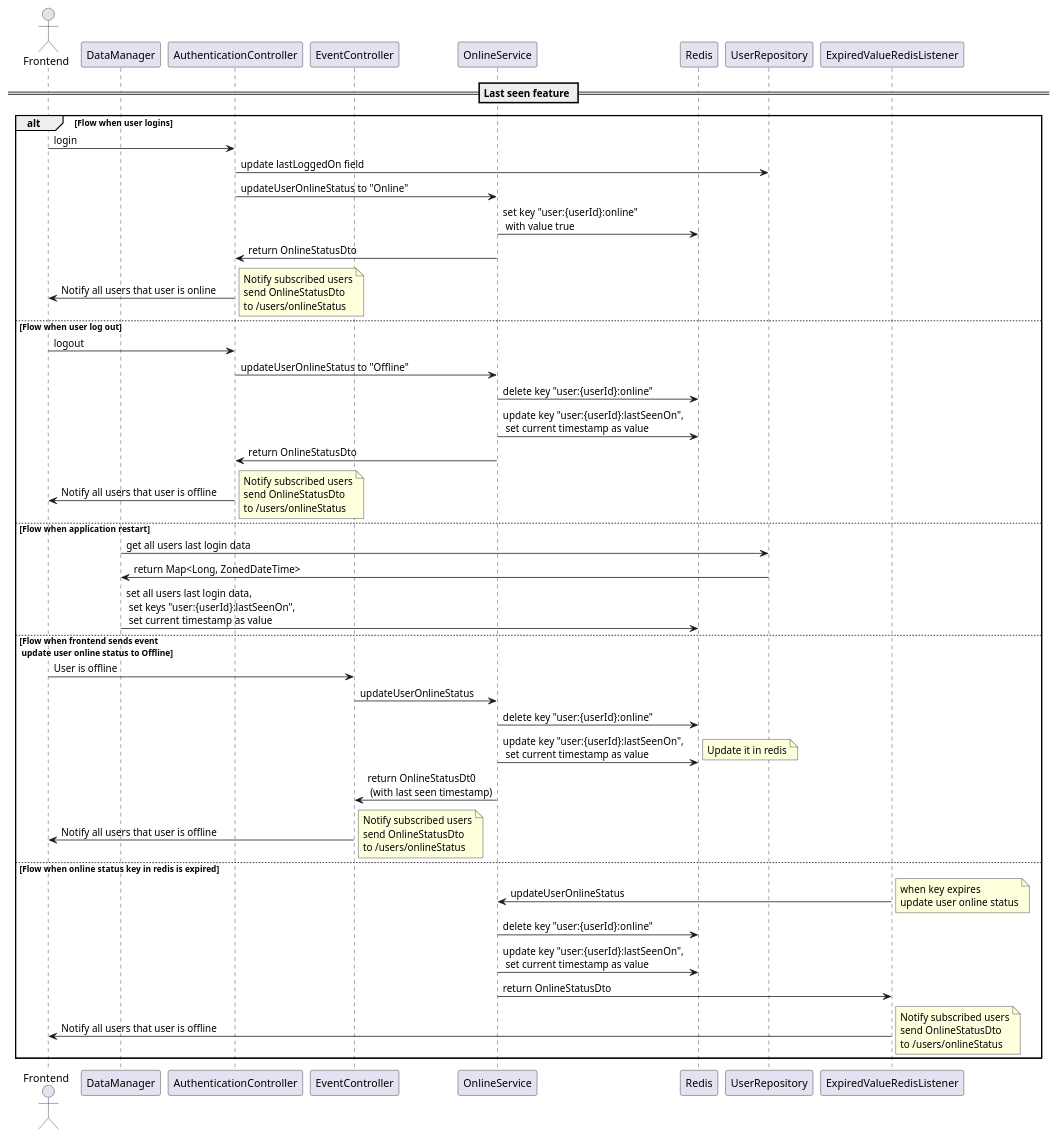
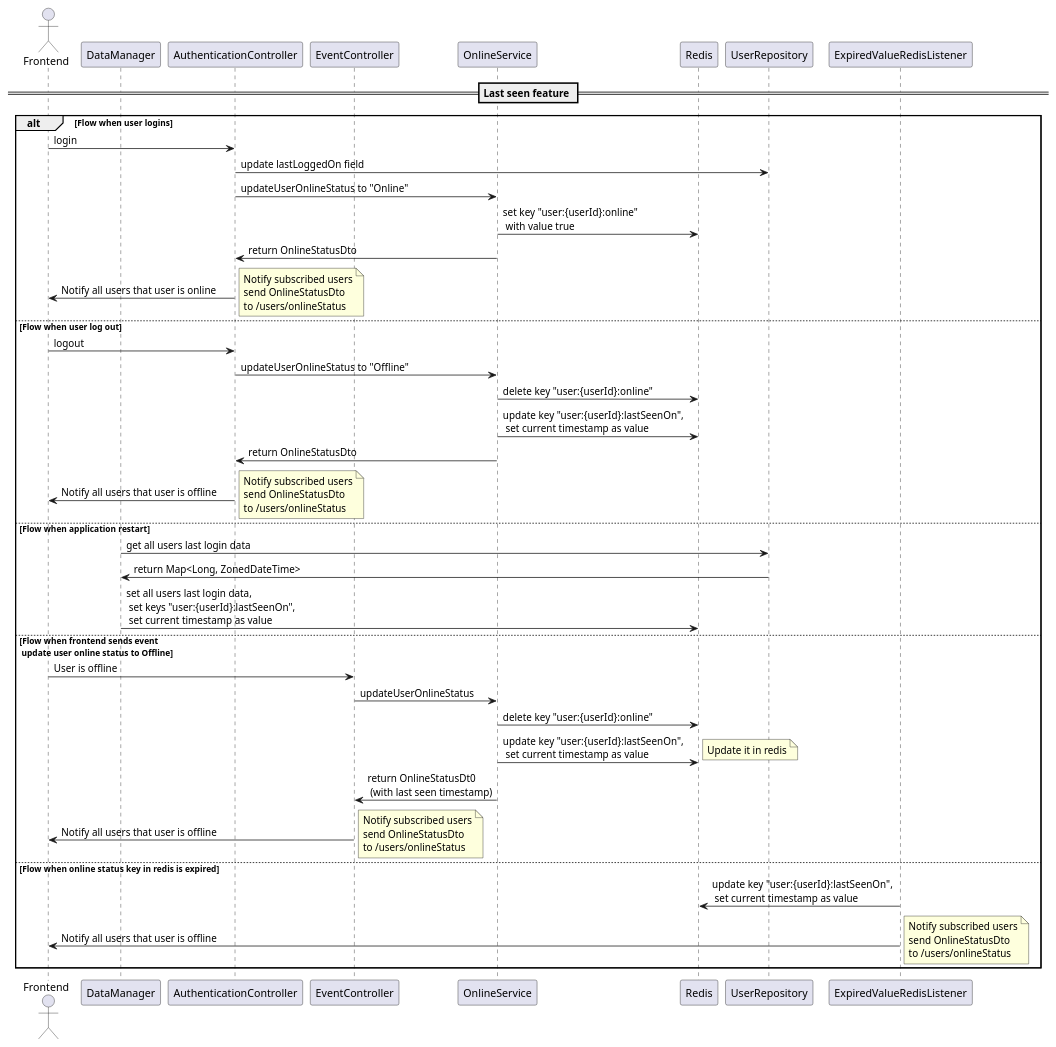
One commit to LiashenkoAndrey/talk-and-travel changed the diagram in docs/userLastSeenFeature/lastSeenFeature.puml. Above: the diagram before and after it, drawn with PlantUML. The commit also changed 2 other files, not shown here.

```diff
--- a/docs/userLastSeenFeature/lastSeenFeature.puml
+++ b/docs/userLastSeenFeature/lastSeenFeature.puml
@@ -1,81 +1,74 @@
 @startuml
 actor Frontend
 participant DataManager
 participant AuthenticationController
 participant EventController
 participant OnlineService
 participant Redis
 participant UserRepository
 participant ExpiredValueRedisListener
 
 == Last seen feature ==
 
 alt Flow when user logins
     Frontend -> AuthenticationController : login
     AuthenticationController -> UserRepository : update lastLoggedOn field
     AuthenticationController -> OnlineService : updateUserOnlineStatus to "Online"
     OnlineService -> Redis : set key "user:{userId}:online" \n with value true
     OnlineService -> AuthenticationController :  return OnlineStatusDto
 
     AuthenticationController -> Frontend : Notify all users that user is online
     note right
            Notify subscribed users
            send OnlineStatusDto
            to /users/onlineStatus
     end note
 
 else Flow when user log out
     Frontend -> AuthenticationController : logout
     AuthenticationController -> OnlineService : updateUserOnlineStatus to "Offline"
     OnlineService -> Redis : delete key "user:{userId}:online"
     OnlineService -> Redis : update key "user:{userId}:lastSeenOn", \n set current timestamp as value
     OnlineService -> AuthenticationController :  return OnlineStatusDto
 
     AuthenticationController -> Frontend : Notify all users that user is offline
     note right
            Notify subscribed users
            send OnlineStatusDto
            to /users/onlineStatus
     end note
 
 else Flow when application restart
     DataManager -> UserRepository : get all users last login data
     UserRepository -> DataManager : return Map<Long, ZonedDateTime>
     DataManager -> Redis : set all users last login data,\n set keys "user:{userId}:lastSeenOn", \n set current timestamp as value
 
 else Flow when frontend sends event \n update user online status to Offline
     Frontend -> EventController : User is offline
     EventController -> OnlineService : updateUserOnlineStatus
     OnlineService -> Redis : delete key "user:{userId}:online"
     OnlineService -> Redis : update key "user:{userId}:lastSeenOn", \n set current timestamp as value
     note right
         Update it in redis
     end note
 
     OnlineService -> EventController : return OnlineStatusDt0 \n (with last seen timestamp)
     EventController -> Frontend :  Notify all users that user is offline
       note right
            Notify subscribed users
            send OnlineStatusDto
            to /users/onlineStatus
       end note
 
 else Flow when online status key in redis is expired
-    ExpiredValueRedisListener -> OnlineService : updateUserOnlineStatus
-    note right
-    when key expires
-    update user online status
-    end note
-    OnlineService -> Redis : delete key "user:{userId}:online"
-    OnlineService -> Redis : update key "user:{userId}:lastSeenOn", \n set current timestamp as value
+    ExpiredValueRedisListener -> Redis : update key "user:{userId}:lastSeenOn", \n set current timestamp as value
 
-    OnlineService -> ExpiredValueRedisListener : return OnlineStatusDto
     ExpiredValueRedisListener -> Frontend : Notify all users that user is offline
        note right
        Notify subscribed users
        send OnlineStatusDto
        to /users/onlineStatus
        end note
 end
 
 @enduml
```
